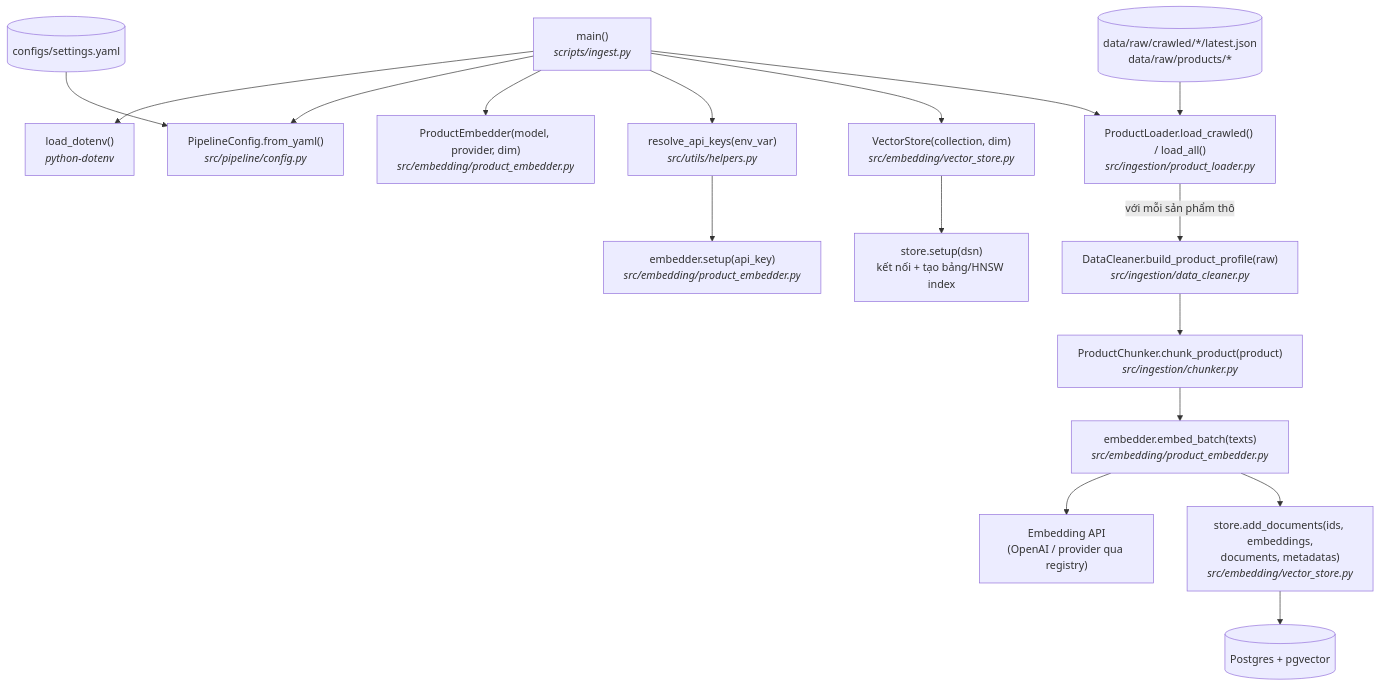
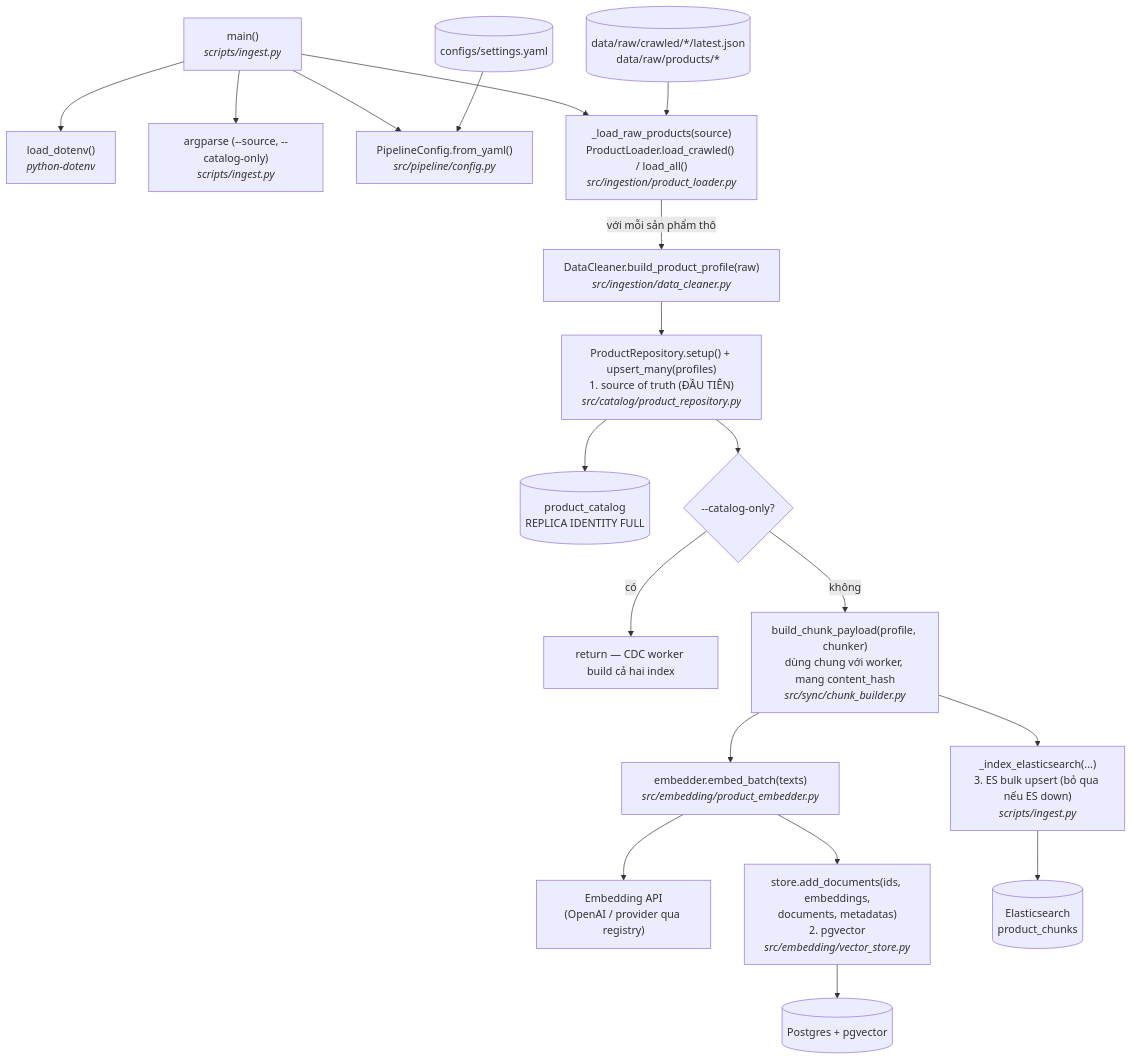
One commit to nxhawk/techscout-rag-recommend changed the diagram in docs/scripts/ingest.vi.md. Above: the diagram before and after it, drawn with Mermaid. The commit also changed other lines of this file and 28 other files, not shown here.

````diff
--- a/docs/scripts/ingest.vi.md
+++ b/docs/scripts/ingest.vi.md
@@ -14,25 +24,26 @@
 ```mermaid
 flowchart TB
     MAIN["main()<br/><i>scripts/ingest.py</i>"] --> ENV["load_dotenv()<br/><i>python-dotenv</i>"]
+    MAIN --> ARGS["argparse (--source, --catalog-only)<br/><i>scripts/ingest.py</i>"]
     MAIN --> CFG["PipelineConfig.from_yaml()<br/><i>src/pipeline/config.py</i>"]
     YAML[("configs/settings.yaml")] --> CFG
 
-    MAIN --> EMB["ProductEmbedder(model, provider, dim)<br/><i>src/embedding/product_embedder.py</i>"]
-    MAIN --> KEYS["resolve_api_keys(env_var)<br/><i>src/utils/helpers.py</i>"]
-    KEYS --> SETUP["embedder.setup(api_key)<br/><i>src/embedding/product_embedder.py</i>"]
+    MAIN --> LOAD["_load_raw_products(source)<br/>ProductLoader.load_crawled() / load_all()<br/><i>src/ingestion/product_loader.py</i>"]
+    RAW[("data/raw/crawled/*/latest.json<br/>data/raw/products/*")] --> LOAD
+    LOAD -->|"với mỗi sản phẩm thô"| CLEAN["DataCleaner.build_product_profile(raw)<br/><i>src/ingestion/data_cleaner.py</i>"]
 
-    MAIN --> VS["VectorStore(collection, dim)<br/><i>src/embedding/vector_store.py</i>"]
-    VS --> VSSETUP["store.setup(dsn)<br/>kết nối + tạo bảng/HNSW index"]
+    CLEAN --> REPO["ProductRepository.setup() + upsert_many(profiles)<br/>1. source of truth (ĐẦU TIÊN)<br/><i>src/catalog/product_repository.py</i>"]
+    REPO --> CAT[("product_catalog<br/>REPLICA IDENTITY FULL")]
 
-    MAIN --> LOAD["ProductLoader.load_crawled() / load_all()<br/><i>src/ingestion/product_loader.py</i>"]
-    RAW[("data/raw/crawled/*/latest.json<br/>data/raw/products/*")] --> LOAD
+    REPO --> ONLY{"--catalog-only?"}
+    ONLY -->|"có"| STOP["return — CDC worker build cả hai index"]
 
-    LOAD -->|"với mỗi sản phẩm thô"| CLEAN["DataCleaner.build_product_profile(raw)<br/><i>src/ingestion/data_cleaner.py</i>"]
-    CLEAN --> CHUNK["ProductChunker.chunk_product(product)<br/><i>src/ingestion/chunker.py</i>"]
+    ONLY -->|"không"| PAY["build_chunk_payload(profile, chunker)<br/>dùng chung với worker, mang content_hash<br/><i>src/sync/chunk_builder.py</i>"]
+    PAY --> BATCH["embedder.embed_batch(texts)<br/><i>src/embedding/product_embedder.py</i>"]
+    BATCH --> API["Embedding API<br/>(OpenAI / provider qua registry)"]
+    BATCH --> ADD["store.add_documents(ids, embeddings,<br/>documents, metadatas)<br/>2. pgvector<br/><i>src/embedding/vector_store.py</i>"]
+    ADD --> PGV[("Postgres + pgvector")]
 
-    CHUNK --> BATCH["embedder.embed_batch(texts)<br/><i>src/embedding/product_embedder.py</i>"]
-    BATCH --> API["Embedding API<br/>(OpenAI / provider qua registry)"]
-
-    BATCH --> ADD["store.add_documents(ids, embeddings,<br/>documents, metadatas)<br/><i>src/embedding/vector_store.py</i>"]
-    ADD --> DB[("Postgres + pgvector")]
+    PAY --> ESIDX["_index_elasticsearch(...)<br/>3. ES bulk upsert (bỏ qua nếu ES down)<br/><i>scripts/ingest.py</i>"]
+    ESIDX --> ES[("Elasticsearch<br/>product_chunks")]
 ```
````
